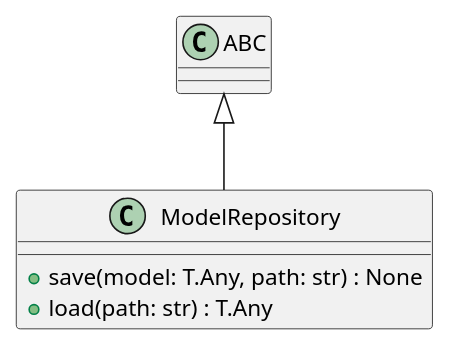
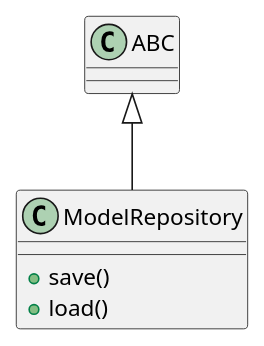
The diagram in openwiki/src/autogen_team/models/repositories.md (lgcorzo/llmops-python-package), drawn with PlantUML before and after one commit. The commit also changed other lines of this file and 77 other files, not shown here.

````diff
--- a/openwiki/src/autogen_team/models/repositories.md
+++ b/openwiki/src/autogen_team/models/repositories.md
@@ -49,9 +93,9 @@
 ```plantuml
 @startuml
-    ABC <|-- ModelRepository
-    class ModelRepository {
-        +save(model: T.Any, path: str) : None
-        +load(path: str) : T.Any
-    }
+class ModelRepository {
+  + save()
+  + load()
+}
+ABC <|-- ModelRepository
 @enduml
 ```
````
